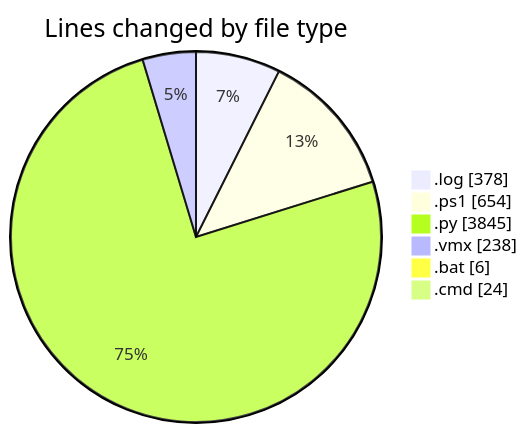
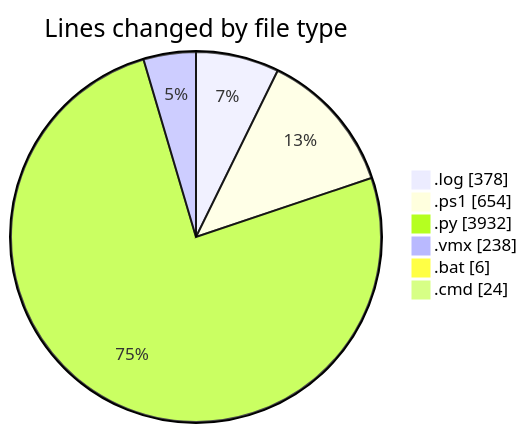
The first of 2 diagrams in 2026-07-08/twenty_versions_aminor/README.md (shibass792/code-tracking), drawn with Mermaid before and after one commit. The commit also changed other lines of this file and 1 other file, not shown here.

````diff
--- a/2026-07-08/twenty_versions_aminor/README.md
+++ b/2026-07-08/twenty_versions_aminor/README.md
@@ -42,10 +44,10 @@
 ```mermaid
 pie showData
 title Lines changed by file type
 ".log" : 378
 ".ps1" : 654
-".py" : 3845
+".py" : 3932
 ".vmx" : 238
 ".bat" : 6
 ".cmd" : 24
 ```
````
